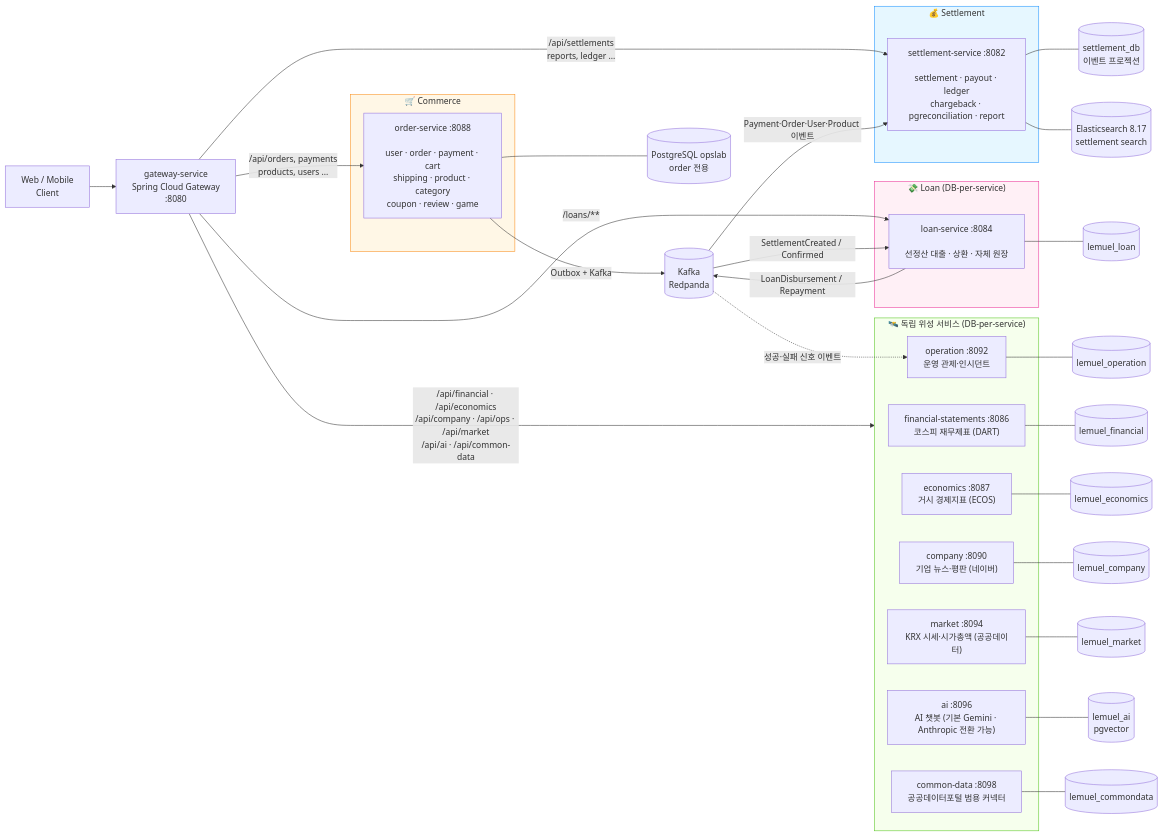
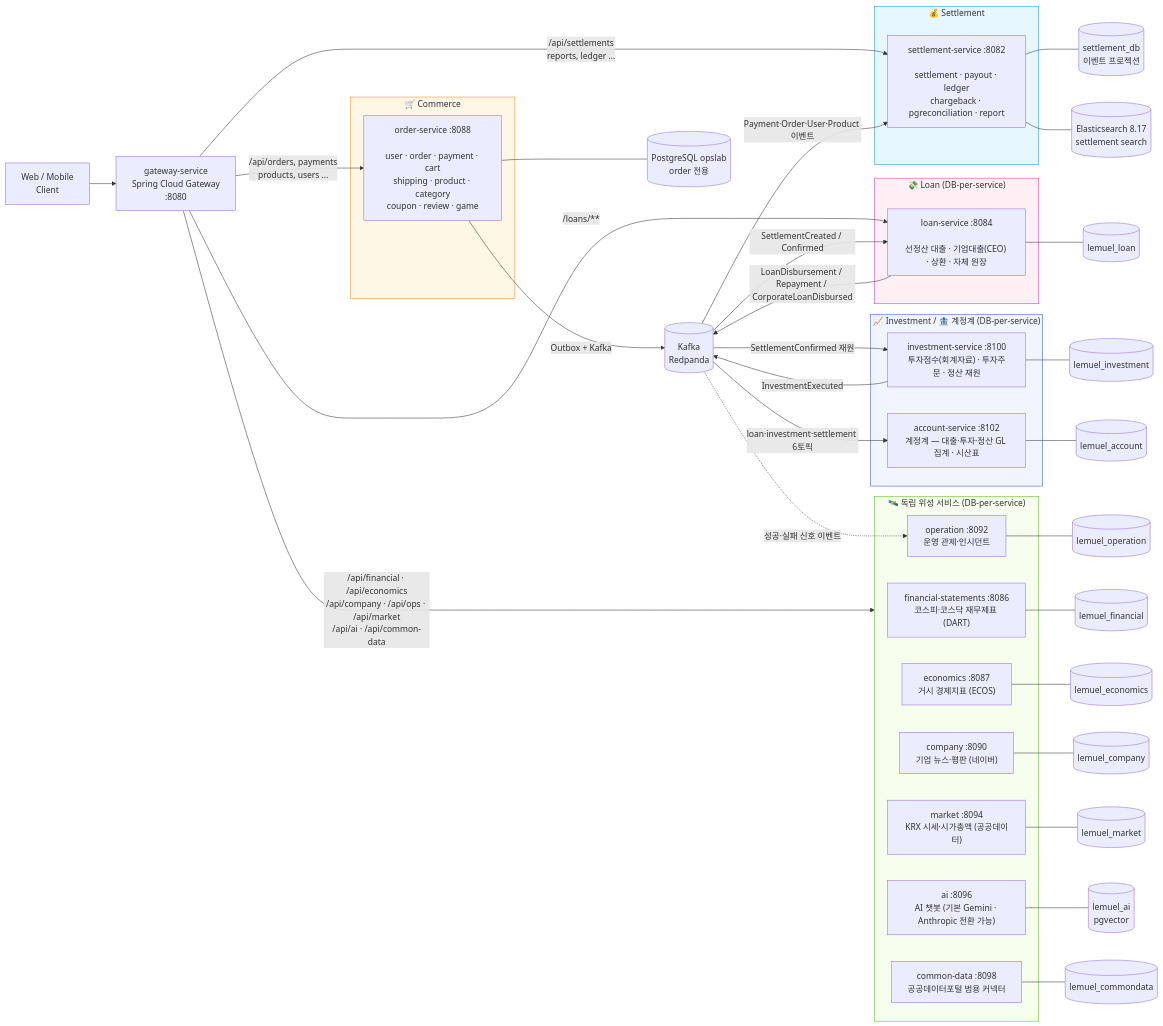
Before and after one commit to MyoungSoo7/settlement: the diagram in README.md, drawn with Mermaid. The commit also changed other lines of this file and 264 other files, not shown here.

First line of the commit message:
feat(finance): 계정계 확장 — investment-service·account-service 신규 MSA + loan 기업대출 + CEO 투자 메뉴

````diff
--- a/README.md
+++ b/README.md
@@ -28,52 +28,62 @@
 ```mermaid
 flowchart LR
     Client["Web / Mobile<br/>Client"] --> GW
     GW["gateway-service<br/>Spring Cloud Gateway<br/>:8080"]
 
     GW -->|/api/orders, payments<br/>products, users ...| OS
     GW -->|/api/settlements<br/>reports, ledger ...| SS
     GW -->|/loans/**| LS
     GW -->|/api/financial · /api/economics<br/>/api/company · /api/ops · /api/market<br/>/api/ai · /api/common-data| SAT
 
     subgraph commerce["🛒 Commerce"]
         OS["order-service :8088<br/><br/>user · order · payment · cart<br/>shipping · product · category<br/>coupon · review · game"]
     end
     subgraph settlement["💰 Settlement"]
         SS["settlement-service :8082<br/><br/>settlement · payout · ledger<br/>chargeback · pgreconciliation · report"]
     end
     subgraph loan["💸 Loan (DB-per-service)"]
-        LS["loan-service :8084<br/><br/>선정산 대출 · 상환 · 자체 원장"]
+        LS["loan-service :8084<br/><br/>선정산 대출 · 기업대출(CEO) · 상환 · 자체 원장"]
+    end
+    subgraph fin2["📈 Investment / 🏦 계정계 (DB-per-service)"]
+        INV["investment-service :8100<br/>투자점수(회계자료) · 투자주문 · 정산 재원"]
+        ACC["account-service :8102<br/>계정계 — 대출·투자·정산 GL 집계 · 시산표"]
     end
     subgraph SAT["🛰️ 독립 위성 서비스 (DB-per-service)"]
-        FIN["financial-statements :8086<br/>코스피 재무제표 (DART)"]
+        FIN["financial-statements :8086<br/>코스피·코스닥 재무제표 (DART)"]
         ECO["economics :8087<br/>거시 경제지표 (ECOS)"]
         COM["company :8090<br/>기업 뉴스·평판 (네이버)"]
         OPS["operation :8092<br/>운영 관제·인시던트"]
         MKT["market :8094<br/>KRX 시세·시가총액 (공공데이터)"]
         AI["ai :8096<br/>AI 챗봇 (기본 Gemini · Anthropic 전환 가능)"]
         CDS["common-data :8098<br/>공공데이터포털 범용 커넥터"]
     end
 
     OS -->|Outbox + Kafka| K[(Kafka<br/>Redpanda)]
     K -->|Payment·Order·User·Product 이벤트| SS
     K -->|SettlementCreated / Confirmed| LS
-    LS -->|LoanDisbursement / Repayment| K
+    LS -->|LoanDisbursement / Repayment / CorporateLoanDisbursed| K
+    K -->|SettlementConfirmed 재원| INV
+    INV -->|InvestmentExecuted| K
+    K -->|loan·investment·settlement 6토픽| ACC
     K -.->|성공·실패 신호 이벤트| OPS
 
     OS --- PG[(PostgreSQL opslab<br/>order 전용)]
     SS --- SDB[(settlement_db<br/>이벤트 프로젝션)]
     LS --- LDB[(lemuel_loan)]
     SS --- ES[(Elasticsearch 8.17<br/>settlement search)]
     FIN --- FDB[(lemuel_financial)]
     ECO --- EDB[(lemuel_economics)]
     COM --- CDB[(lemuel_company)]
     OPS --- ODB[(lemuel_operation)]
     MKT --- MDB[(lemuel_market)]
     AI --- AIDB[(lemuel_ai<br/>pgvector)]
     CDS --- CDDB[(lemuel_commondata)]
+    INV --- IDB[(lemuel_investment)]
+    ACC --- ADB[(lemuel_account)]
 
     style commerce fill:#fff7e6,stroke:#fa8c16
     style settlement fill:#e6f7ff,stroke:#1890ff
     style loan fill:#fff0f6,stroke:#eb2f96
+    style fin2 fill:#f0f5ff,stroke:#2f54eb
     style SAT fill:#f6ffed,stroke:#52c41a
 ```
````
